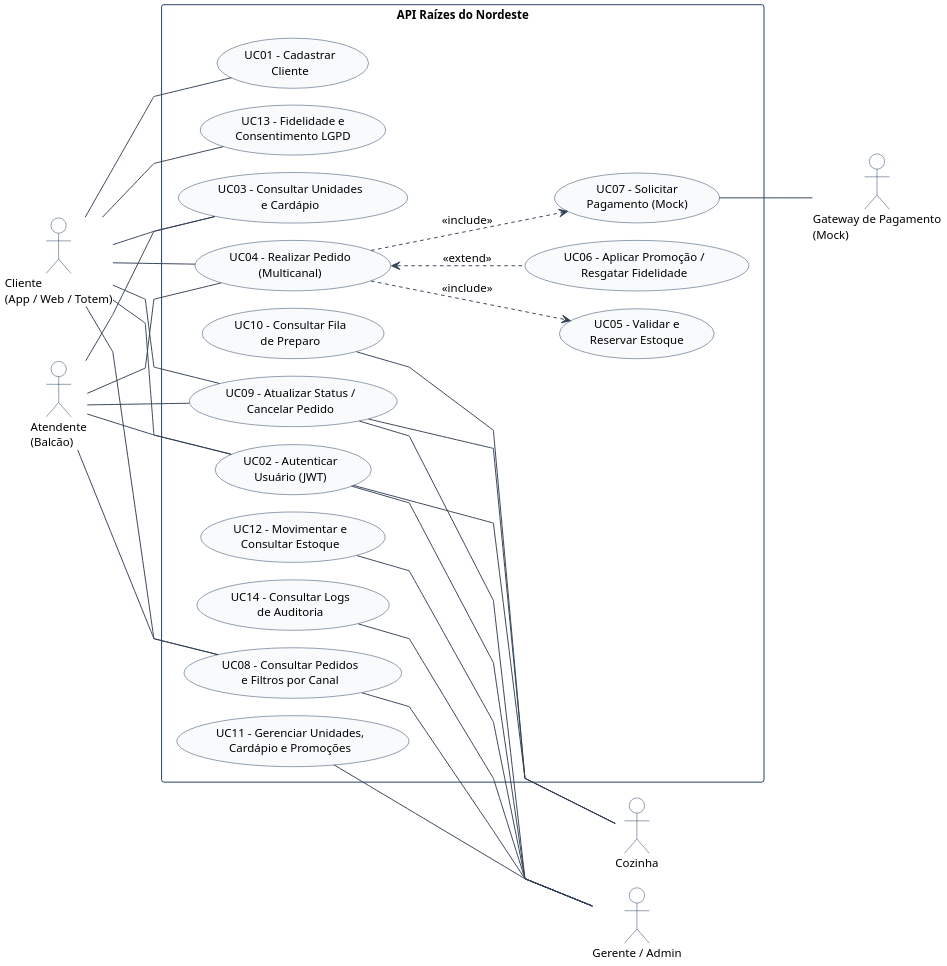
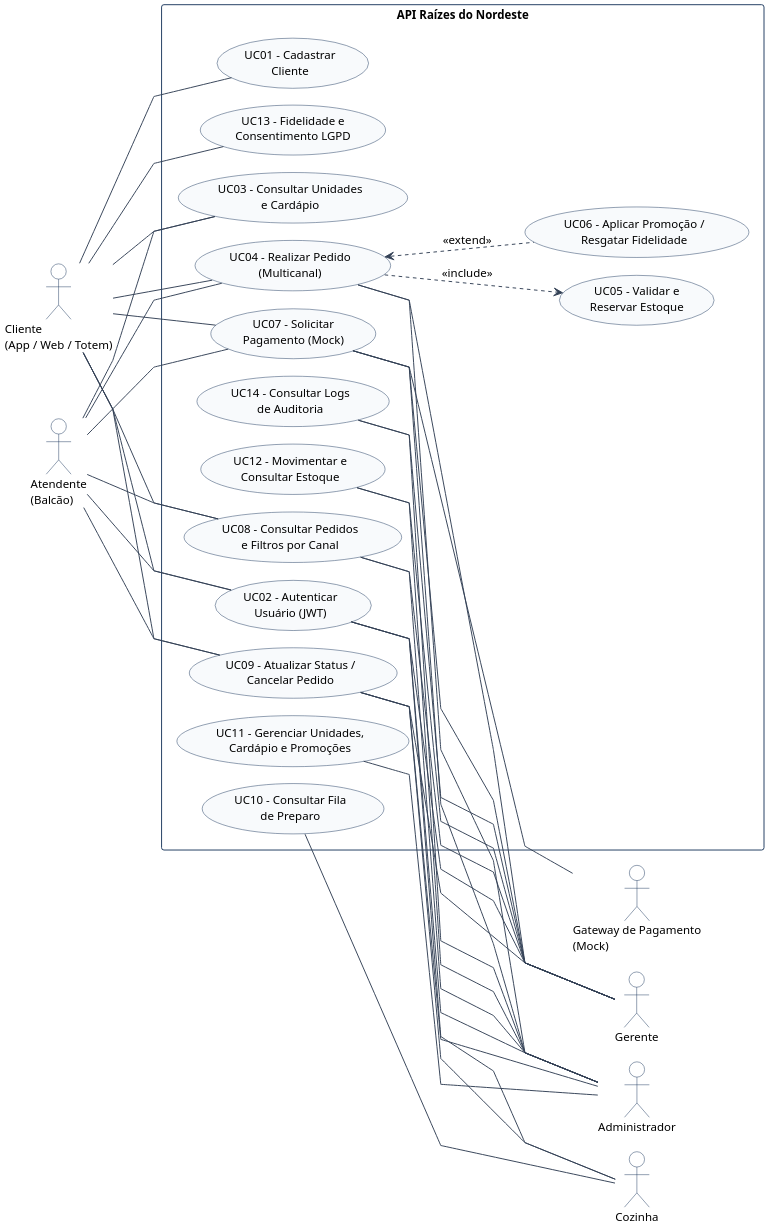
The diagram in docs/diagrams/use-cases.puml (mmrezende/raizes-nordeste-api), drawn with PlantUML before and after one commit. The commit also changed 5 other files, not shown here.

Commit message:
docs: alinha Postman, plano de testes, diagramas e README

```diff
--- a/docs/diagrams/use-cases.puml
+++ b/docs/diagrams/use-cases.puml
@@ -1,76 +1,88 @@
 @startuml API Raízes do Nordeste
 left to right direction
 
 skinparam dpi 180
 skinparam shadowing false
 skinparam linetype polyline
 skinparam packageStyle rectangle
 skinparam defaultFontName SansSerif
 skinparam defaultFontSize 12
 skinparam nodesep 18
 skinparam ranksep 65
 skinparam ArrowColor #334155
 skinparam ActorBorderColor #1E3A5F
 skinparam ActorBackgroundColor #FFFFFF
 skinparam UsecaseBorderColor #1E3A5F
 skinparam UsecaseBackgroundColor #F8FAFC
 skinparam RectangleBorderColor #1E3A5F
 skinparam RectangleBackgroundColor #FFFFFF
 
 actor "Cliente\n(App / Web / Totem)" as Cliente
 actor "Atendente\n(Balcão)" as Atendente
 
 rectangle "API Raízes do Nordeste" {
   usecase "UC01 - Cadastrar\nCliente" as UC01
   usecase "UC13 - Fidelidade e\nConsentimento LGPD" as UC13
   usecase "UC03 - Consultar Unidades\ne Cardápio" as UC03
   usecase "UC04 - Realizar Pedido\n(Multicanal)" as UC04
   usecase "UC05 - Validar e\nReservar Estoque" as UC05
   usecase "UC06 - Aplicar Promoção /\nResgatar Fidelidade" as UC06
   usecase "UC07 - Solicitar\nPagamento (Mock)" as UC07
 
   usecase "UC02 - Autenticar\nUsuário (JWT)" as UC02
   usecase "UC08 - Consultar Pedidos\ne Filtros por Canal" as UC08
   usecase "UC09 - Atualizar Status /\nCancelar Pedido" as UC09
 
   usecase "UC10 - Consultar Fila\nde Preparo" as UC10
   usecase "UC11 - Gerenciar Unidades,\nCardápio e Promoções" as UC11
   usecase "UC12 - Movimentar e\nConsultar Estoque" as UC12
   usecase "UC14 - Consultar Logs\nde Auditoria" as UC14
 }
 
 actor "Gateway de Pagamento\n(Mock)" as Gateway
 actor "Cozinha" as Cozinha
-actor "Gerente / Admin" as GerenteAdmin
+actor "Gerente" as Gerente
+actor "Administrador" as Admin
 
 Cliente -- UC01
 Cliente -- UC13
 Cliente -- UC03
 Cliente -- UC04
+Cliente -- UC07
 Cliente -- UC02
 Cliente -- UC08
 Cliente -- UC09
 
 Atendente -- UC03
 Atendente -- UC04
+Atendente -- UC07
 Atendente -- UC02
 Atendente -- UC08
 Atendente -- UC09
 
 UC04 ..> UC05 : <<include>>
-UC04 ..> UC07 : <<include>>
 UC04 <.. UC06 : <<extend>>
 
 UC07 -- Gateway
 
 UC02 -- Cozinha
 UC09 -- Cozinha
 UC10 -- Cozinha
 
-UC02 -- GerenteAdmin
-UC08 -- GerenteAdmin
-UC09 -- GerenteAdmin
-UC11 -- GerenteAdmin
-UC12 -- GerenteAdmin
-UC14 -- GerenteAdmin
+UC02 -- Gerente
+UC04 -- Gerente
+UC07 -- Gerente
+UC08 -- Gerente
+UC09 -- Gerente
+UC12 -- Gerente
+UC14 -- Gerente
+
+UC02 -- Admin
+UC04 -- Admin
+UC07 -- Admin
+UC08 -- Admin
+UC09 -- Admin
+UC11 -- Admin
+UC12 -- Admin
+UC14 -- Admin
 @enduml
```
